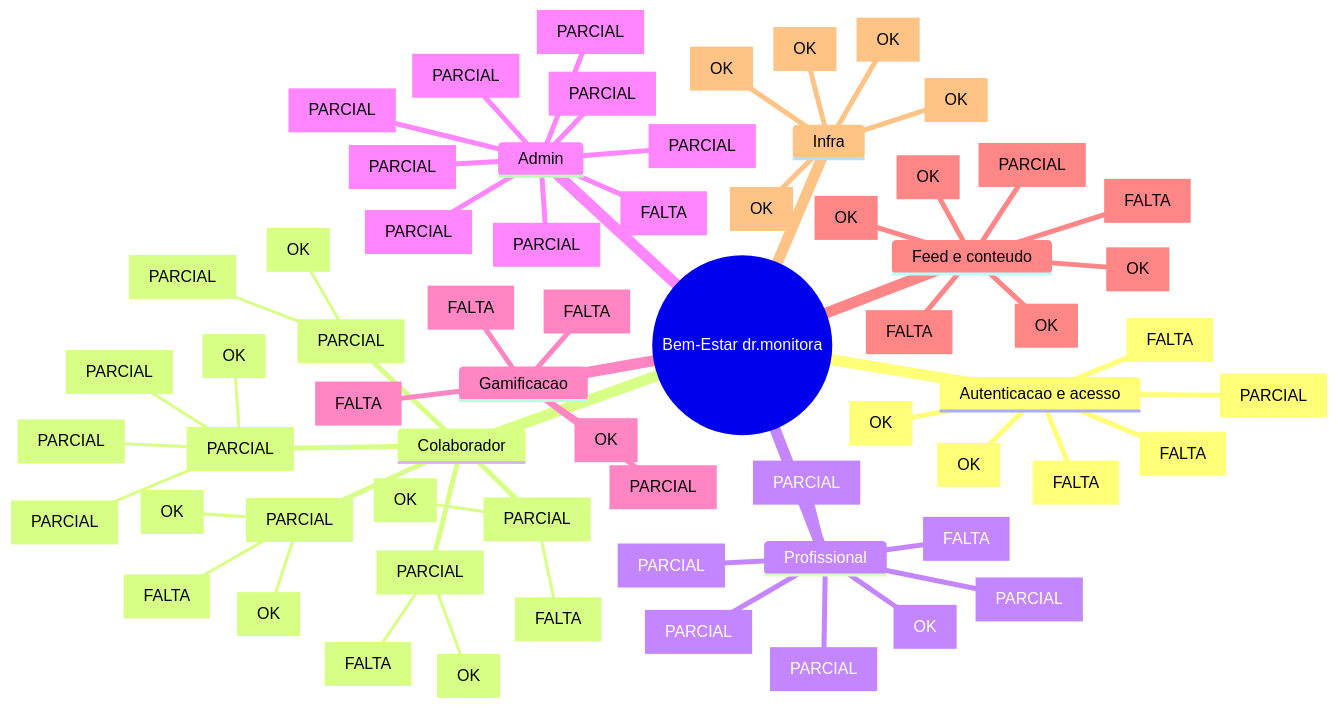
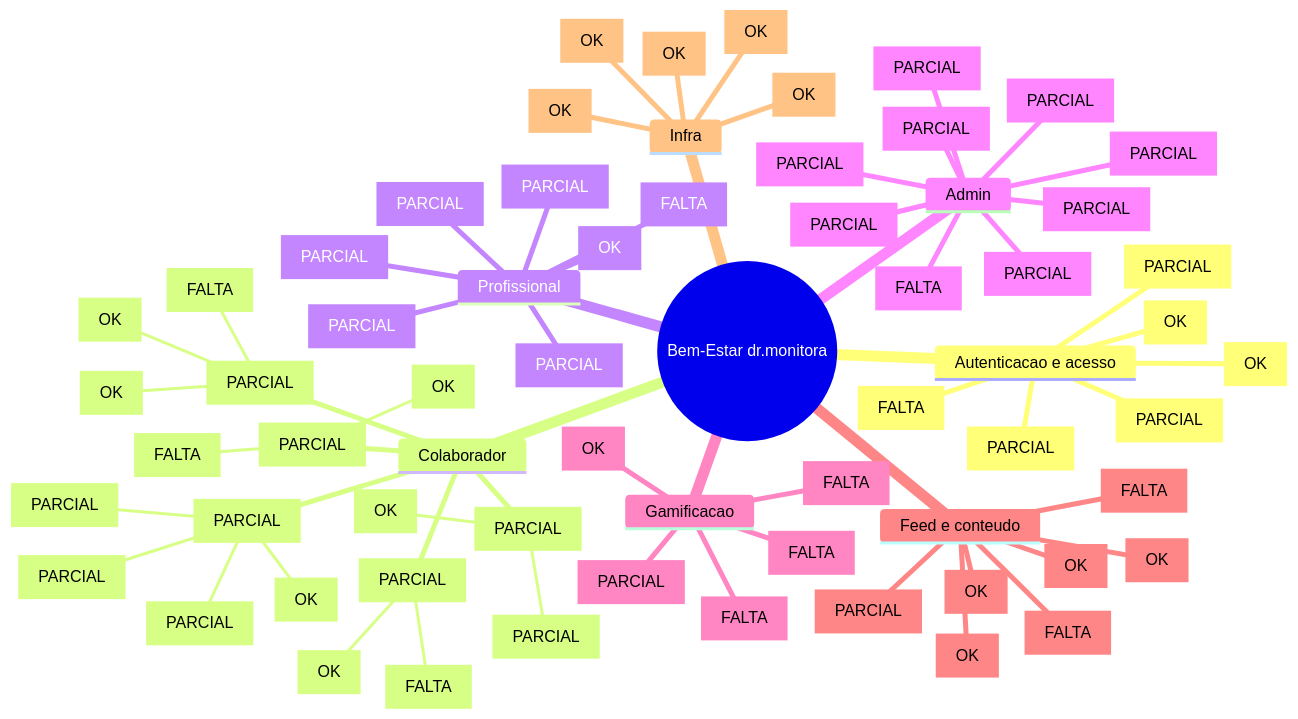
Before and after one commit to felipemaiocch/bem-estar: the diagram in docs/mapa-mental-produto.md, drawn with Mermaid. The commit also changed other lines of this file and 13 other files, not shown here.

````diff
--- a/docs/mapa-mental-produto.md
+++ b/docs/mapa-mental-produto.md
@@ -22,68 +22,68 @@
 ```mermaid
 mindmap
   root((Bem-Estar dr.monitora))
     Autenticacao e acesso
       Login email e senha [OK]
       Cadastro publico [PARCIAL]
       RBAC por papel [OK]
-      Aprovacao de cadastro [FALTA]
-      Grupos e turmas [FALTA]
+      Aprovacao de cadastro [PARCIAL]
+      Grupos e turmas [PARCIAL]
       Primeiro aceite [FALTA]
     Colaborador
       Home [PARCIAL]
         Proxima sessao [OK]
         Check-in rapido [PARCIAL]
         Feed [PARCIAL]
         Ranking rapido [PARCIAL]
       Agenda [PARCIAL]
         Reserva real [OK]
         Lista de espera [OK]
         Turmas fechadas [FALTA]
       Progresso [PARCIAL]
         Historico bem-estar [OK]
         Streak real [FALTA]
       Ranking [PARCIAL]
         Score global [OK]
         Privacidade ranking [FALTA]
       Perfil [PARCIAL]
         Registros profissionais [OK]
         Termos e consentimentos [PARCIAL]
     Profissional
       Dashboard [PARCIAL]
       Agenda [PARCIAL]
       Registro atendimento [OK]
       Historico paciente [PARCIAL]
       Feed profissional [PARCIAL]
       Comunicacao interna [PARCIAL]
       Avaliacoes [FALTA]
     Admin
       Dashboard [PARCIAL]
       Usuarios [PARCIAL]
       Profissionais [PARCIAL]
       Eventos [PARCIAL]
       Gamificacao [PARCIAL]
       Moderacao [PARCIAL]
       Conteudos [PARCIAL]
       Relatorios [FALTA]
       Compliance [PARCIAL]
     Gamificacao
       Score atual [OK]
       Regras admin [PARCIAL]
       Pontos separados de moedas [FALTA]
       Ledger de transacoes [FALTA]
       Check-in e streak [FALTA]
     Feed e conteudo
       Posts [OK]
       Curtidas [OK]
       Comentarios [OK]
       Chave para bloquear postagem [OK]
       Fila aprovacao [FALTA]
       Blog dicas especialistas [FALTA]
       Links e embeds [PARCIAL]
     Infra
       Next.js 16 App Router [OK]
       Prisma e Neon [OK]
       Vercel [OK]
       PWA manifest [OK]
       GitHub remoto [OK]
 ```
````
